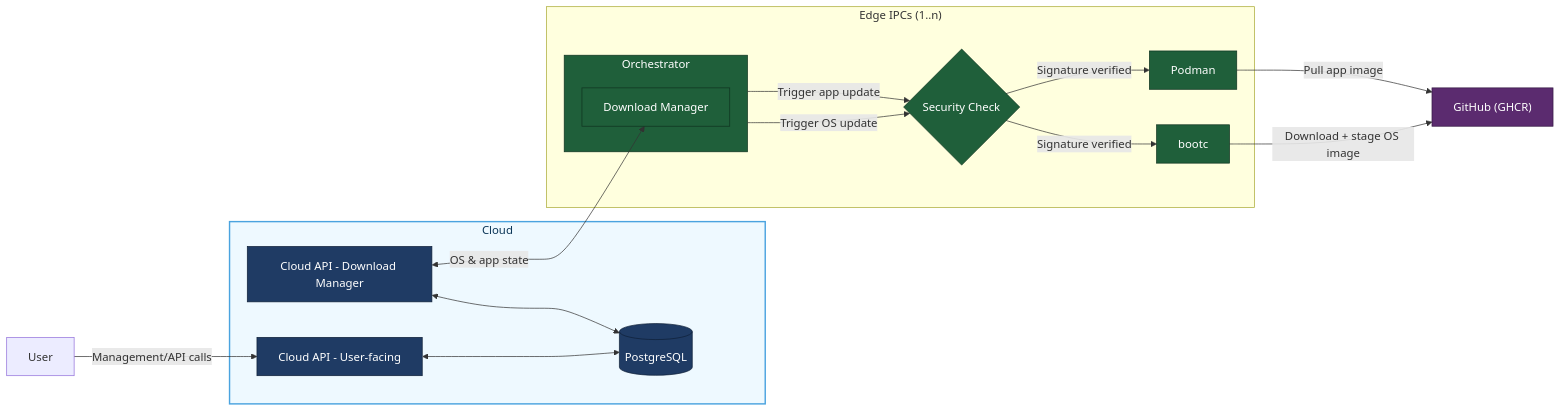
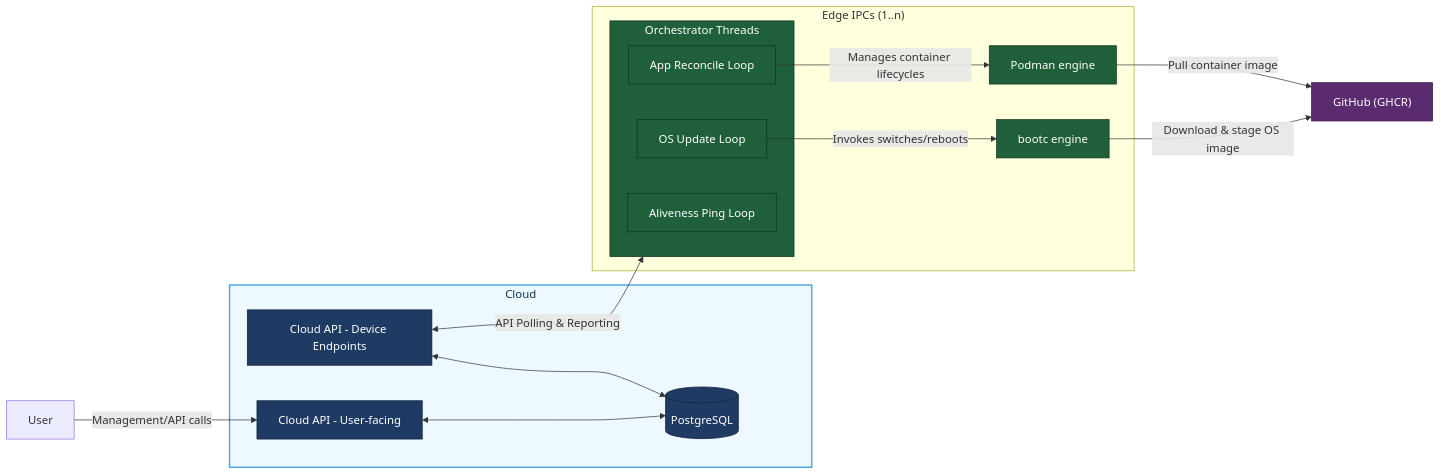
Before and after one commit to amosproj/amos2026ss01-zero-downtime-linux-updates: the diagram in Documentation/architecture.md, drawn with Mermaid. The commit also changed other lines of this file and 2 other files, not shown here.

Commit message:
documentation: small improvements
Refs: #123

````diff
--- a/Documentation/architecture.md
+++ b/Documentation/architecture.md
@@ -15,51 +15,46 @@
 ```mermaid
 flowchart LR
     %% Actors
     User[User]
 
     %% Cloud side
     subgraph Cloud[Cloud]
         API[Cloud API - User-facing]
-        DMAPI[Cloud API - Download Manager]
+        DMAPI[Cloud API - Device Endpoints]
         DB[(PostgreSQL)]
         API <--> DB
         DMAPI <--> DB
     end
 
     %% Edge side
     subgraph Edge["Edge IPCs (1..n)"]
-        subgraph Orchestrator[Orchestrator]
-            DM[Download Manager]
+        subgraph Orchestrator[Orchestrator Threads]
+            OSLoop[OS Update Loop]
+            AppLoop[App Reconcile Loop]
+            PingLoop[Aliveness Ping Loop]
         end
-        SEC{Security Check}
-        BOOTC[bootc]
-        PODMAN[Podman]
+        BOOTC[bootc engine]
+        PODMAN[Podman engine]
 
-        Orchestrator -->|Trigger OS update| SEC
-        Orchestrator -->|Trigger app update| SEC
-        SEC -->|Signature verified| BOOTC
-        SEC -->|Signature verified| PODMAN
+        OSLoop -->|Invokes switches/reboots| BOOTC
+        AppLoop -->|Manages container lifecycles| PODMAN
     end
 
     %% External source
     Product["GitHub (GHCR)"]
 
     %% Interactions
     User -->|Management/API calls| API
-
-    
-    
-    DMAPI <-->|OS & app state| DM
-    BOOTC -->|Download + stage OS image| Product
-    PODMAN -->|Pull app image| Product
+    DMAPI <-->|API Polling & Reporting| Orchestrator
+    BOOTC -->|Download & stage OS image| Product
+    PODMAN -->|Pull container image| Product
 
     classDef cloud fill:#1f3b64,color:#fff,stroke:#0f2038,stroke-width:1px;
     classDef edge fill:#1f5f3a,color:#fff,stroke:#0f3320,stroke-width:1px;
     classDef ext fill:#5b2b6f,color:#fff,stroke:#361944,stroke-width:1px;
 
     class API,DMAPI,DB cloud;
-    class Orchestrator,DM,BOOTC,PODMAN,SEC edge;
+    class Orchestrator,OSLoop,AppLoop,PingLoop,BOOTC,PODMAN edge;
     class Product ext;
     style Cloud fill:#eef9ff,stroke:#4aa3df,stroke-width:2px,color:#0b3557
-
 ```
````
